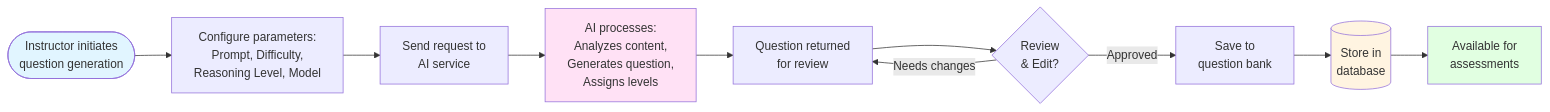
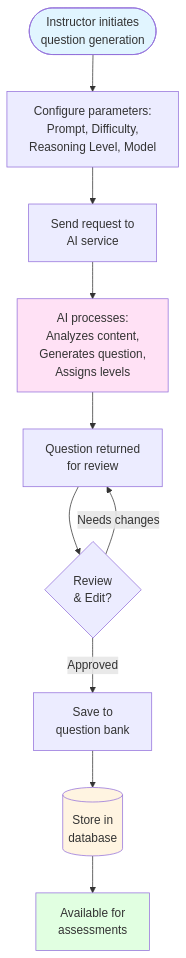
The diagram in docs/diagrams/question-generation-system-overview.md (EduAI-Lab/Question-Maker), drawn with Mermaid before and after one commit. The commit also changed 4 other files, not shown here.

````diff
--- a/docs/diagrams/question-generation-system-overview.md
+++ b/docs/diagrams/question-generation-system-overview.md
@@ -9,24 +9,24 @@
 ```mermaid
-flowchart LR
+flowchart TB
     Start([Instructor initiates<br/>question generation]) --> Configure[Configure parameters:<br/>Prompt, Difficulty,<br/>Reasoning Level, Model]
     
     Configure --> Generate[Send request to<br/>AI service]
     
     Generate --> AIProcessing[AI processes:<br/>Analyzes content,<br/>Generates question,<br/>Assigns levels]
     
     AIProcessing --> Review[Question returned<br/>for review]
     
     Review --> Edit{Review<br/>& Edit?}
     
     Edit -->|Needs changes| Review
     Edit -->|Approved| Save[Save to<br/>question bank]
     
     Save --> Store[(Store in<br/>database)]
     
     Store --> Available[Available for<br/>assessments]
     
     style Start fill:#e1f5ff
     style Store fill:#fff4e1
     style AIProcessing fill:#ffe1f5
     style Available fill:#e1ffe1
 ```
````
